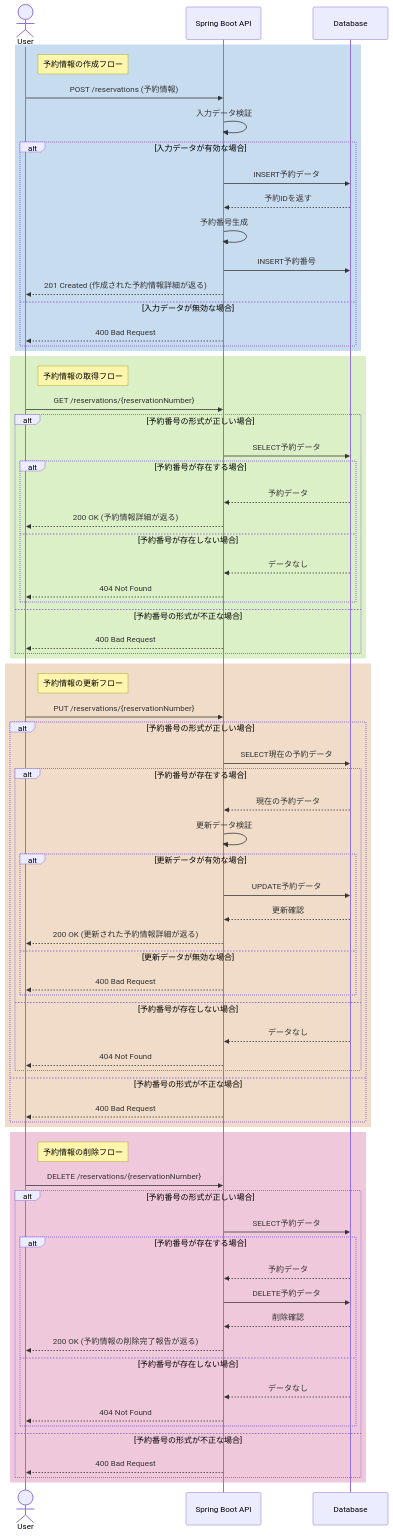
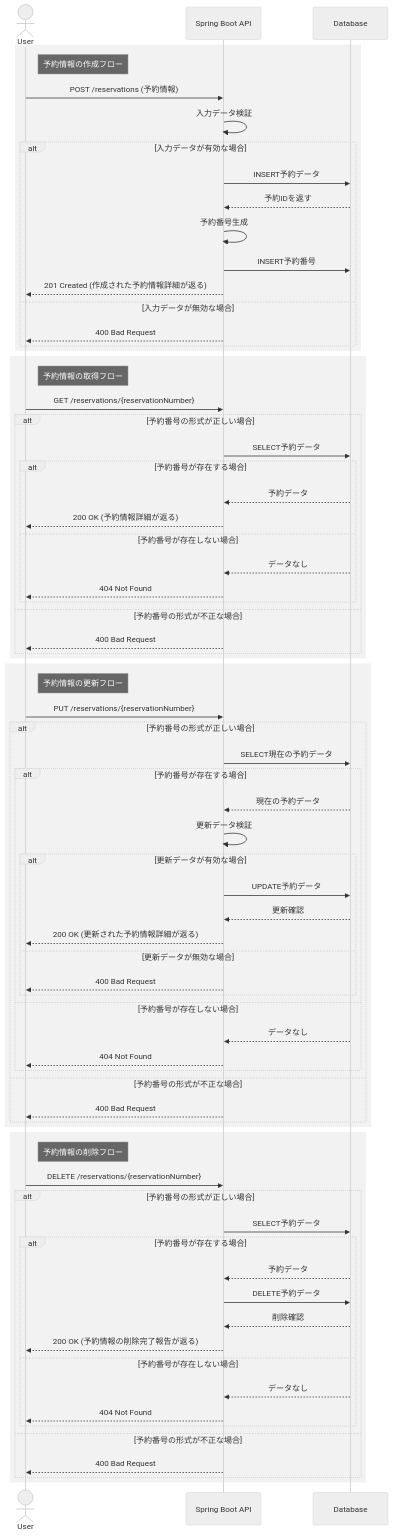
One commit to Ema-Sakai/test_4 changed the diagram in README.md. Above: the diagram before and after it, drawn with Mermaid. The commit also changed other lines of this file, not shown here.

````diff
--- a/README.md
+++ b/README.md
@@ -5,81 +5,82 @@
 ```mermaid
+%%{init: {'theme': 'neutral'}}%%
 sequenceDiagram
     actor User
     participant API as Spring Boot API
     participant DB as Database
 
-    rect rgb(200, 220, 240)
+    rect rgba(0, 0, 0, 0.05)
         Note right of User: 予約情報の作成フロー
         User ->> API: POST /reservations (予約情報)
         API ->> API: 入力データ検証
         alt 入力データが有効な場合
             API ->> DB: INSERT予約データ
             DB -->> API: 予約IDを返す
             API ->> API: 予約番号生成
             API ->> DB: INSERT予約番号
             API -->> User: 201 Created (作成された予約情報詳細が返る)
         else 入力データが無効な場合
             API -->> User: 400 Bad Request
         end
     end
 
-    rect rgb(220, 240, 200)
+    rect rgba(0, 0, 0, 0.05)
         Note right of User: 予約情報の取得フロー
         User ->> API: GET /reservations/{reservationNumber}
         alt 予約番号の形式が正しい場合
             API ->> DB: SELECT予約データ
             alt 予約番号が存在する場合
                 DB -->> API: 予約データ
                 API -->> User: 200 OK (予約情報詳細が返る)
             else 予約番号が存在しない場合
                 DB -->> API: データなし
                 API -->> User: 404 Not Found
             end
         else 予約番号の形式が不正な場合
             API -->> User: 400 Bad Request
         end
     end
 
-    rect rgb(240, 220, 200)
+    rect rgba(0, 0, 0, 0.05)
         Note right of User: 予約情報の更新フロー
         User ->> API: PUT /reservations/{reservationNumber}
         alt 予約番号の形式が正しい場合
             API ->> DB: SELECT現在の予約データ
             alt 予約番号が存在する場合
                 DB -->> API: 現在の予約データ
                 API ->> API: 更新データ検証
                 alt 更新データが有効な場合
                     API ->> DB: UPDATE予約データ
                     DB -->> API: 更新確認
                     API -->> User: 200 OK (更新された予約情報詳細が返る)
                 else 更新データが無効な場合
                     API -->> User: 400 Bad Request
                 end
             else 予約番号が存在しない場合
                 DB -->> API: データなし
                 API -->> User: 404 Not Found
             end
         else 予約番号の形式が不正な場合
             API -->> User: 400 Bad Request
         end
     end
 
-    rect rgb(240, 200, 220)
+    rect rgba(0, 0, 0, 0.05)
         Note right of User: 予約情報の削除フロー
         User ->> API: DELETE /reservations/{reservationNumber}
         alt 予約番号の形式が正しい場合
             API ->> DB: SELECT予約データ
             alt 予約番号が存在する場合
                 DB -->> API: 予約データ
                 API ->> DB: DELETE予約データ
                 DB -->> API: 削除確認
                 API -->> User: 200 OK (予約情報の削除完了報告が返る)
             else 予約番号が存在しない場合
                 DB -->> API: データなし
                 API -->> User: 404 Not Found
             end
         else 予約番号の形式が不正な場合
             API -->> User: 400 Bad Request
         end
     end
 ```
````
